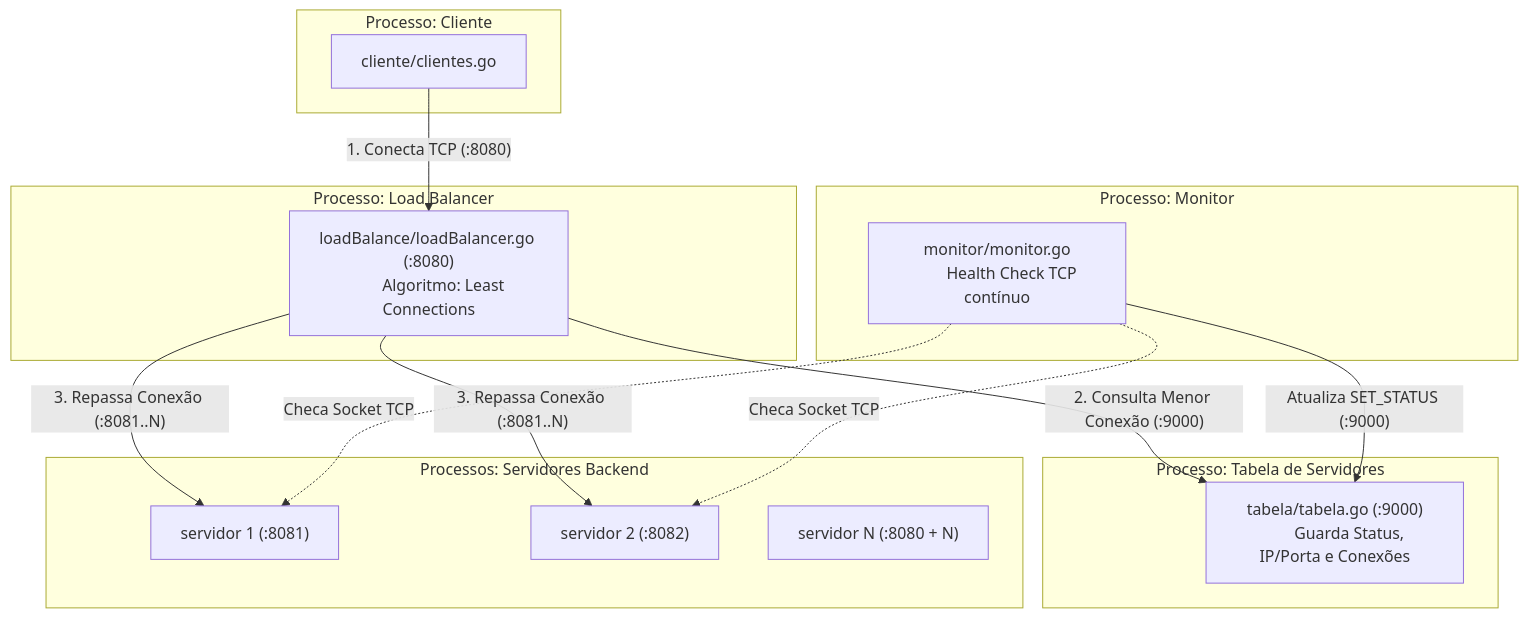
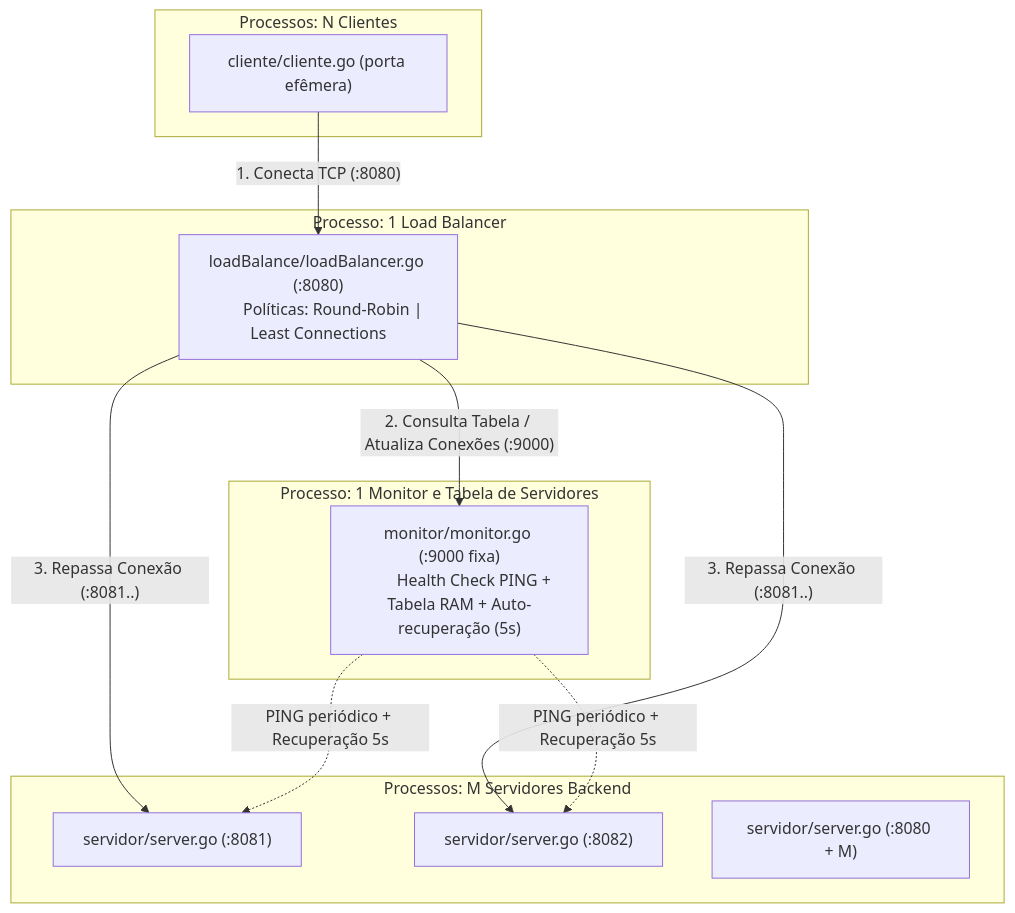
Before and after one commit to vhwcm/Trabalho-redes-2: the diagram in README.md, drawn with Mermaid. The commit also changed other lines of this file and 17 other files, not shown here.

Commit message:
Implementa load balancer, cliente TCP, monitor unificado com auto-recuperacao, logs e suite de testes

````diff
--- a/README.md
+++ b/README.md
@@ -9,38 +11,32 @@
 ```mermaid
 flowchart TD
-    subgraph Clientes ["Processo: Cliente"]
-        C1["cliente/clientes.go"]
+    subgraph Clientes ["Processos: N Clientes"]
+        C1["cliente/cliente.go (porta efêmera)"]
     end
 
-    subgraph LB ["Processo: Load Balancer"]
+    subgraph LB ["Processo: 1 Load Balancer"]
         LoadBalancer["loadBalance/loadBalancer.go (:8080)
-        Algoritmo: Least Connections"]
+        Políticas: Round-Robin | Least Connections"]
     end
 
-    subgraph Estado ["Processo: Tabela de Servidores"]
-        Tab["tabela/tabela.go (:9000)
-        Guarda Status, IP/Porta e Conexões"]
+    subgraph Monitoramento ["Processo: 1 Monitor e Tabela de Servidores"]
+        Mon["monitor/monitor.go (:9000 fixa)
+        Health Check PING + Tabela RAM + Auto-recuperação (5s)"]
     end
 
-    subgraph Monitoramento ["Processo: Monitor"]
-        Mon["monitor/monitor.go
-        Health Check TCP contínuo"]
-    end
-
-    subgraph Backends ["Processos: Servidores Backend"]
-        S1["servidor 1 (:8081)"]
-        S2["servidor 2 (:8082)"]
-        SN["servidor N (:8080 + N)"]
+    subgraph Backends ["Processos: M Servidores Backend"]
+        S1["servidor/server.go (:8081)"]
+        S2["servidor/server.go (:8082)"]
+        SM["servidor/server.go (:8080 + M)"]
     end
 
     %% Fluxo de Clientes e Repasse
     C1 -->|"1. Conecta TCP (:8080)"| LoadBalancer
-    LoadBalancer -->|"2. Consulta Menor Conexão (:9000)"| Tab
-    LoadBalancer -->|"3. Repassa Conexão (:8081..N)"| S1
-    LoadBalancer -->|"3. Repassa Conexão (:8081..N)"| S2
+    LoadBalancer -->|"2. Consulta Tabela / Atualiza Conexões (:9000)"| Mon
+    LoadBalancer -->|"3. Repassa Conexão (:8081..)"| S1
+    LoadBalancer -->|"3. Repassa Conexão (:8081..)"| S2
 
     %% Fluxo do Monitor
-    Mon -.->|"Checa Socket TCP"| S1
-    Mon -.->|"Checa Socket TCP"| S2
-    Mon -->|"Atualiza SET_STATUS (:9000)"| Tab
+    Mon -.->|"PING periódico + Recuperação 5s"| S1
+    Mon -.->|"PING periódico + Recuperação 5s"| S2
 ```
````
